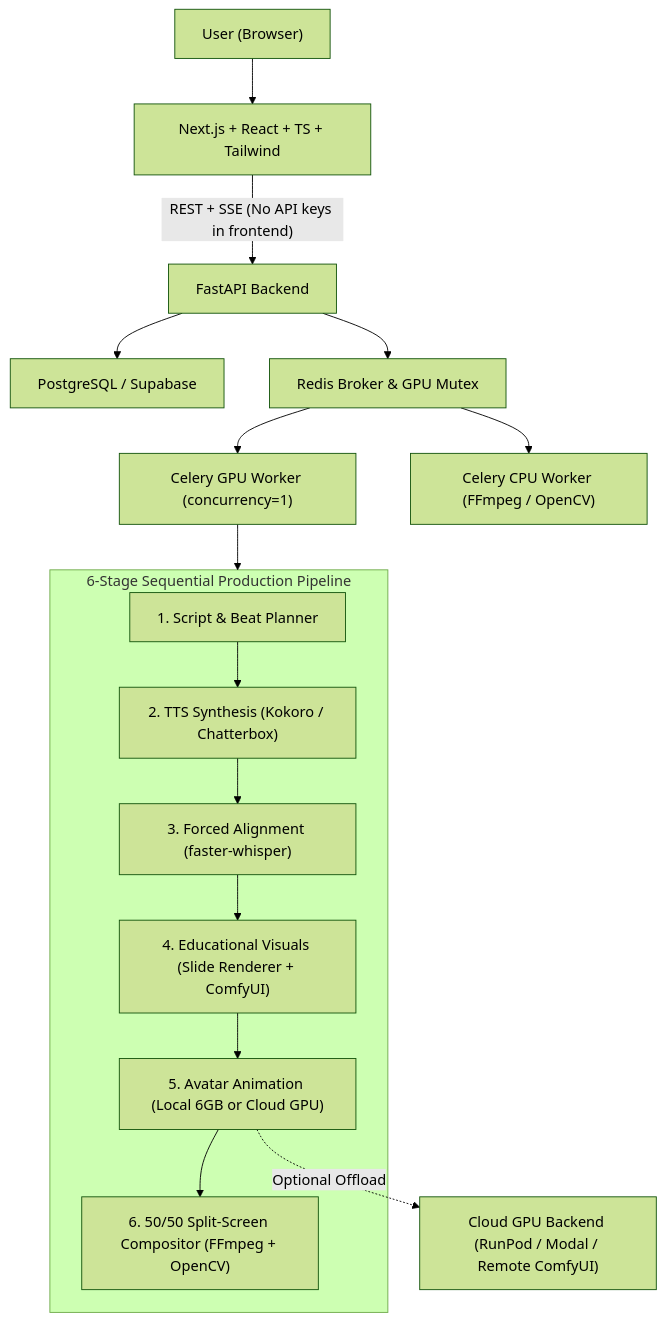
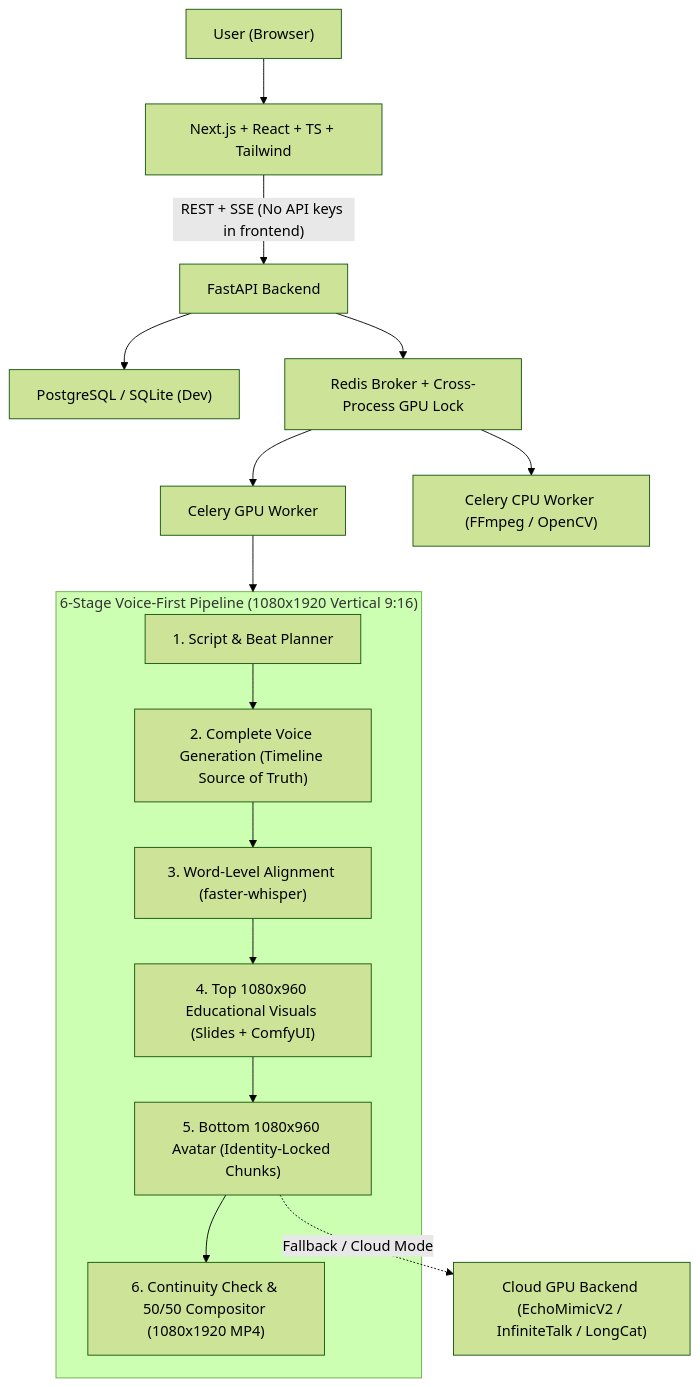
Before and after one commit to haravindreddy825/ai-video-project-: the diagram in docs/ARCHITECTURE.md, drawn with Mermaid (forest theme). The commit also changed other lines of this file and 24 other files, not shown here.

Commit message:
feat(phase-1): FastAPI core, Alembic migrations, cross-process GPU lock, VRAM router, and Celery pipeline

````diff
--- a/docs/ARCHITECTURE.md
+++ b/docs/ARCHITECTURE.md
@@ -14,20 +23,20 @@
 ```mermaid
 flowchart TB
     User["User (Browser)"] --> NextJS["Next.js + React + TS + Tailwind"]
     NextJS -->|"REST + SSE (No API keys in frontend)"| FastAPI["FastAPI Backend"]
-    FastAPI --> DB["PostgreSQL / Supabase"]
-    FastAPI --> Redis["Redis Broker & GPU Mutex"]
-    Redis --> GPUWorker["Celery GPU Worker (concurrency=1)"]
+    FastAPI --> DB["PostgreSQL / SQLite (Dev)"]
+    FastAPI --> Redis["Redis Broker + Cross-Process GPU Lock"]
+    Redis --> GPUWorker["Celery GPU Worker"]
     Redis --> CPUWorker["Celery CPU Worker (FFmpeg / OpenCV)"]
 
-    subgraph Pipeline["6-Stage Sequential Production Pipeline"]
-        S1["1. Script & Beat Planner"] --> S2["2. TTS Synthesis (Kokoro / Chatterbox)"]
-        S2 --> S3["3. Forced Alignment (faster-whisper)"]
-        S3 --> S4["4. Educational Visuals (Slide Renderer + ComfyUI)"]
-        S4 --> S5["5. Avatar Animation (Local 6GB or Cloud GPU)"]
-        S5 --> S6["6. 50/50 Split-Screen Compositor (FFmpeg + OpenCV)"]
+    subgraph Pipeline["6-Stage Voice-First Pipeline (1080x1920 Vertical 9:16)"]
+        S1["1. Script & Beat Planner"] --> S2["2. Complete Voice Generation (Timeline Source of Truth)"]
+        S2 --> S3["3. Word-Level Alignment (faster-whisper)"]
+        S3 --> S4["4. Top 1080x960 Educational Visuals (Slides + ComfyUI)"]
+        S4 --> S5["5. Bottom 1080x960 Avatar (Identity-Locked Chunks)"]
+        S5 --> S6["6. Continuity Check & 50/50 Compositor (1080x1920 MP4)"]
     end
 
     GPUWorker --> Pipeline
-    S5 -.->|"Optional Offload"| CloudGPU["Cloud GPU Backend (RunPod / Modal / Remote ComfyUI)"]
+    S5 -.->|"Fallback / Cloud Mode"| CloudGPU["Cloud GPU Backend (EchoMimicV2 / InfiniteTalk / LongCat)"]
 ```
````
